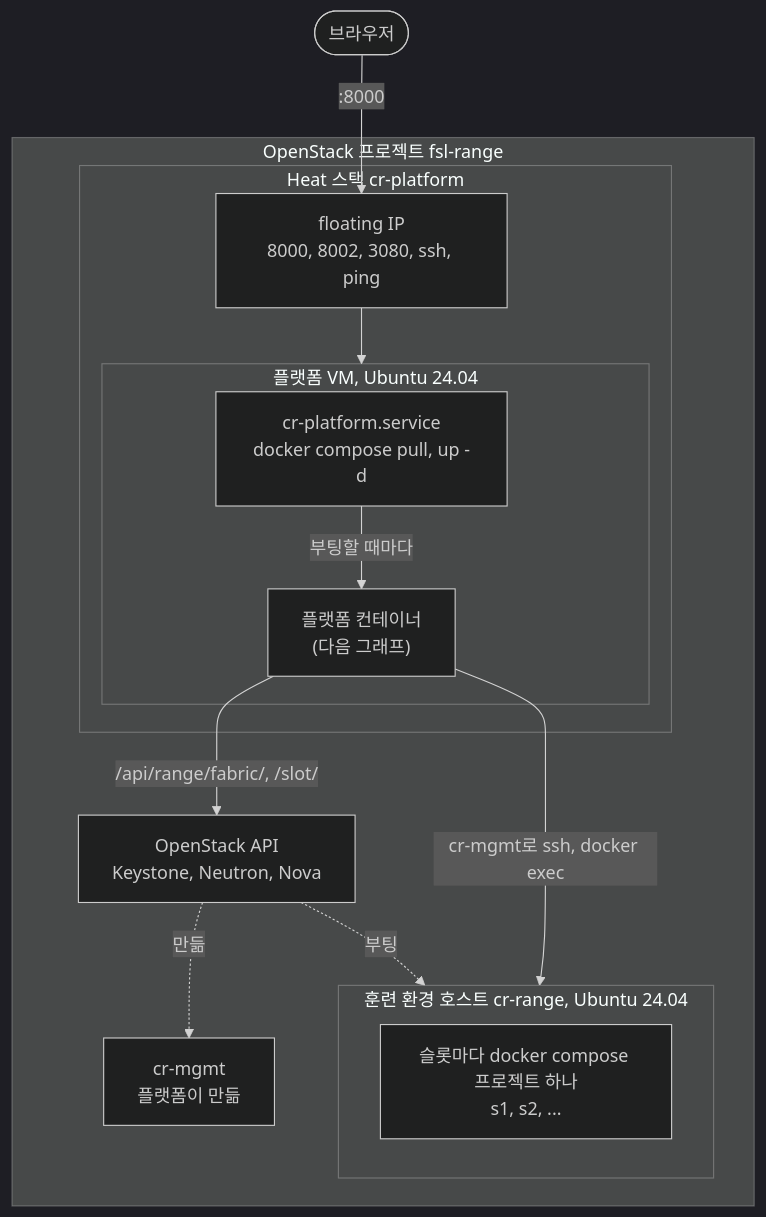
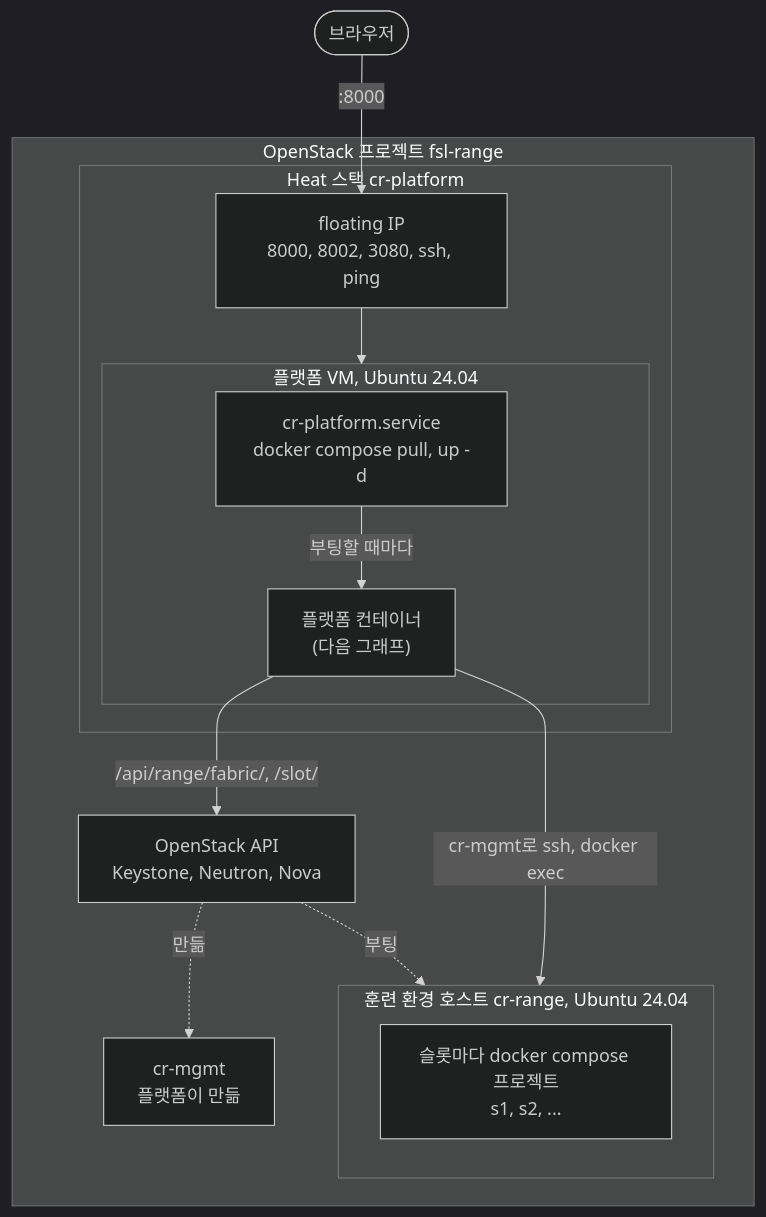
One commit to Nekonic/fsl-project-mvp changed the first of 2 diagrams in README.md. Above: the diagram before and after it, drawn with Mermaid (dark theme). The commit also changed other lines of this file, not shown here.

````diff
--- a/README.md
+++ b/README.md
@@ -238,27 +289,27 @@
 ```mermaid
 flowchart TB
   person(["브라우저"])
 
   subgraph cloud["OpenStack 프로젝트 fsl-range"]
     api["OpenStack API<br/>Keystone, Neutron, Nova"]
     subgraph heat["Heat 스택 cr-platform"]
       fip["floating IP<br/>8000, 8002, 3080, ssh, ping"]
       subgraph vm["플랫폼 VM, Ubuntu 24.04"]
         unit["cr-platform.service<br/>docker compose pull, up -d"]
         stack["플랫폼 컨테이너<br/>(다음 그래프)"]
       end
     end
     mgmt["cr-mgmt<br/>플랫폼이 만듦"]
     subgraph rangevm["훈련 환경 호스트 cr-range, Ubuntu 24.04"]
-      slots["슬롯마다 docker compose 프로젝트 하나<br/>s1, s2, ..."]
+      slots["슬롯마다 docker compose 프로젝트<br/>s1, s2, ..."]
     end
   end
 
   person -->|":8000"| fip
   fip --> vm
   unit -->|"부팅할 때마다"| stack
   stack -->|"/api/range/fabric/, /slot/"| api
   api -.->|만듦| mgmt
   api -.->|부팅| rangevm
   stack -->|"cr-mgmt로 ssh, docker exec"| rangevm
 ```
````
